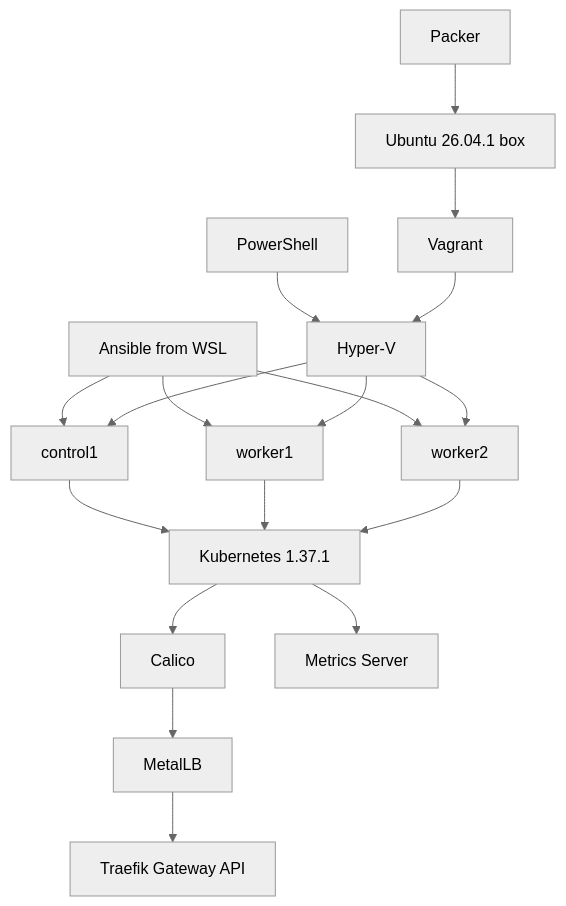
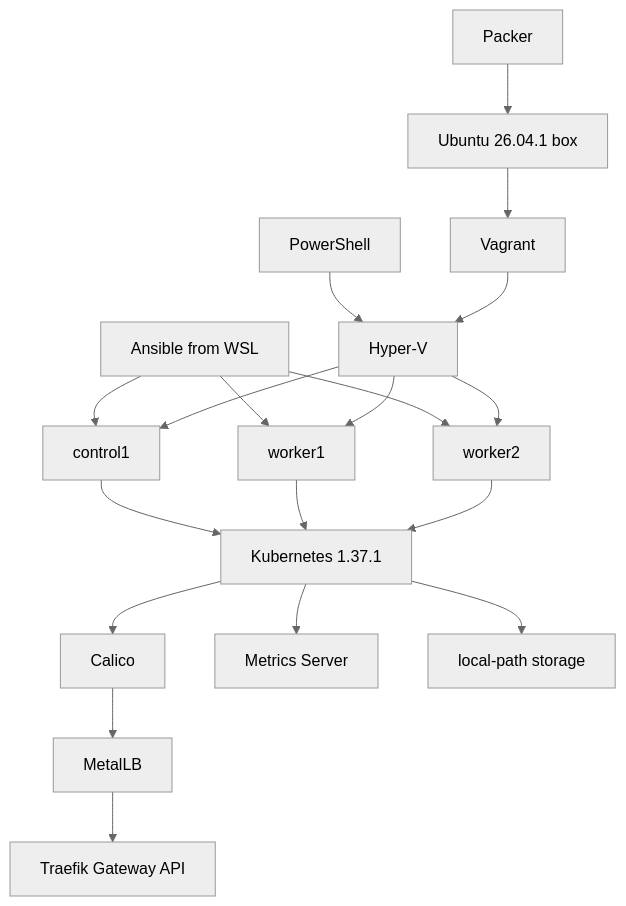
The diagram in docs/architecture.md (elmi70/k8s-hyperv-lab), drawn with Mermaid (neutral theme) before and after one commit. The commit also changed 12 other files, not shown here.

First line of the commit message:
feat: install local-path-provisioner as the default StorageClass

````diff
--- a/docs/architecture.md
+++ b/docs/architecture.md
@@ -2,18 +2,19 @@
 ```mermaid
 flowchart TB
  PS[PowerShell] --> HV[Hyper-V]
  PK[Packer] --> BOX[Ubuntu 26.04.1 box] --> VG[Vagrant] --> HV
  AN[Ansible from WSL] --> CP[control1]
  AN --> W1[worker1]
  AN --> W2[worker2]
  HV --> CP
  HV --> W1
  HV --> W2
  CP --> K[Kubernetes 1.37.1]
  W1 --> K
  W2 --> K
  K --> C[Calico]
  C --> M[MetalLB]
  M --> T[Traefik Gateway API]
  K --> MS[Metrics Server]
+ K --> ST[local-path storage]
 ```
````
